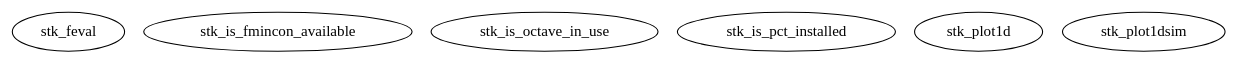
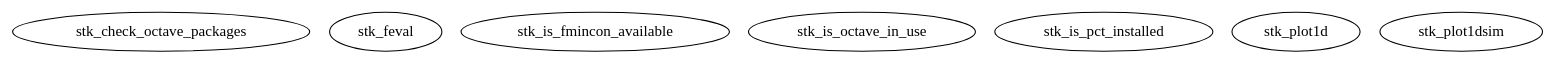
One commit to stk-kriging/stk changed the diagram in htmldoc/utils/graph.dot. Above: the diagram before and after it, drawn with Graphviz. The commit also changed 60 other files, not shown here.

```diff
--- a/htmldoc/utils/graph.dot
+++ b/htmldoc/utils/graph.dot
@@ -1,10 +1,11 @@
 /* Created by mdot for Matlab */
 digraph m2html {
 
+  stk_check_octave_packages [URL="stk_check_octave_packages.html"];
   stk_feval [URL="stk_feval.html"];
   stk_is_fmincon_available [URL="stk_is_fmincon_available.html"];
   stk_is_octave_in_use [URL="stk_is_octave_in_use.html"];
   stk_is_pct_installed [URL="stk_is_pct_installed.html"];
   stk_plot1d [URL="stk_plot1d.html"];
   stk_plot1dsim [URL="stk_plot1dsim.html"];
 }
```
